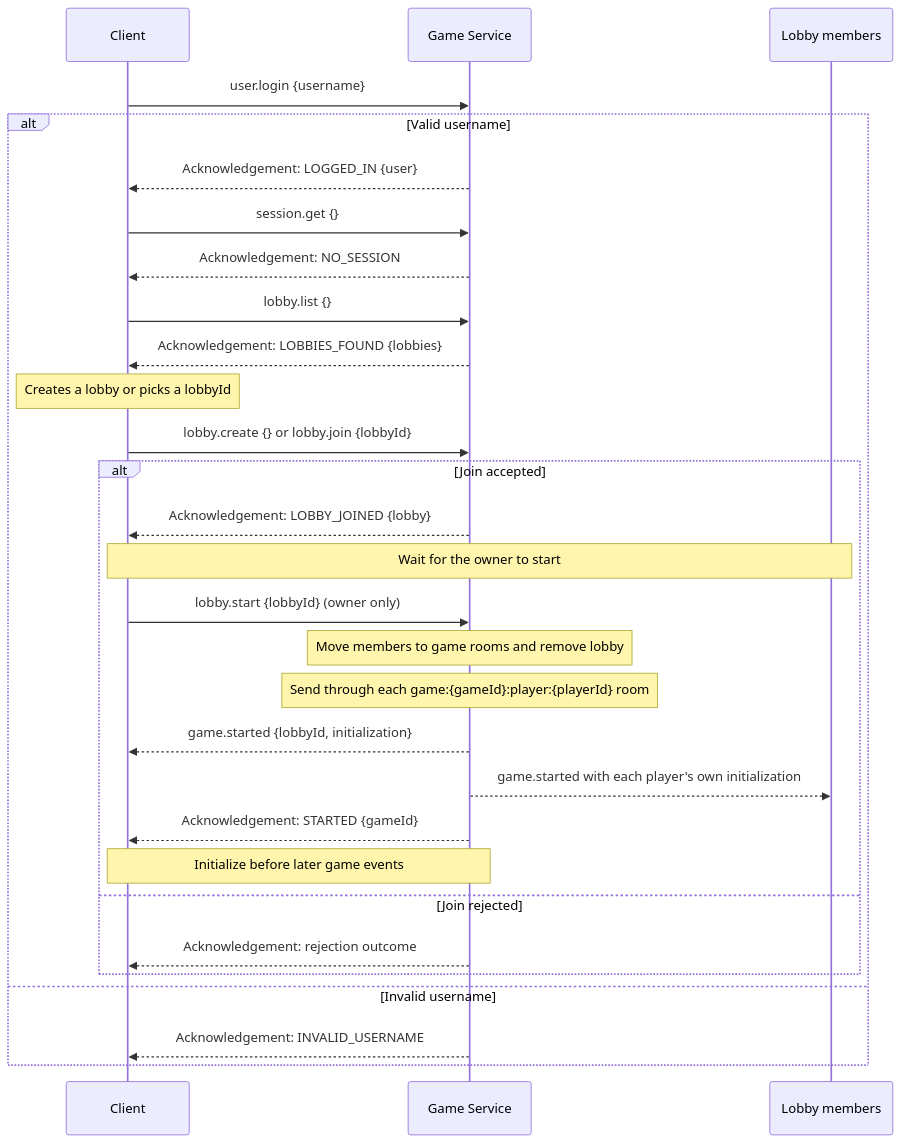
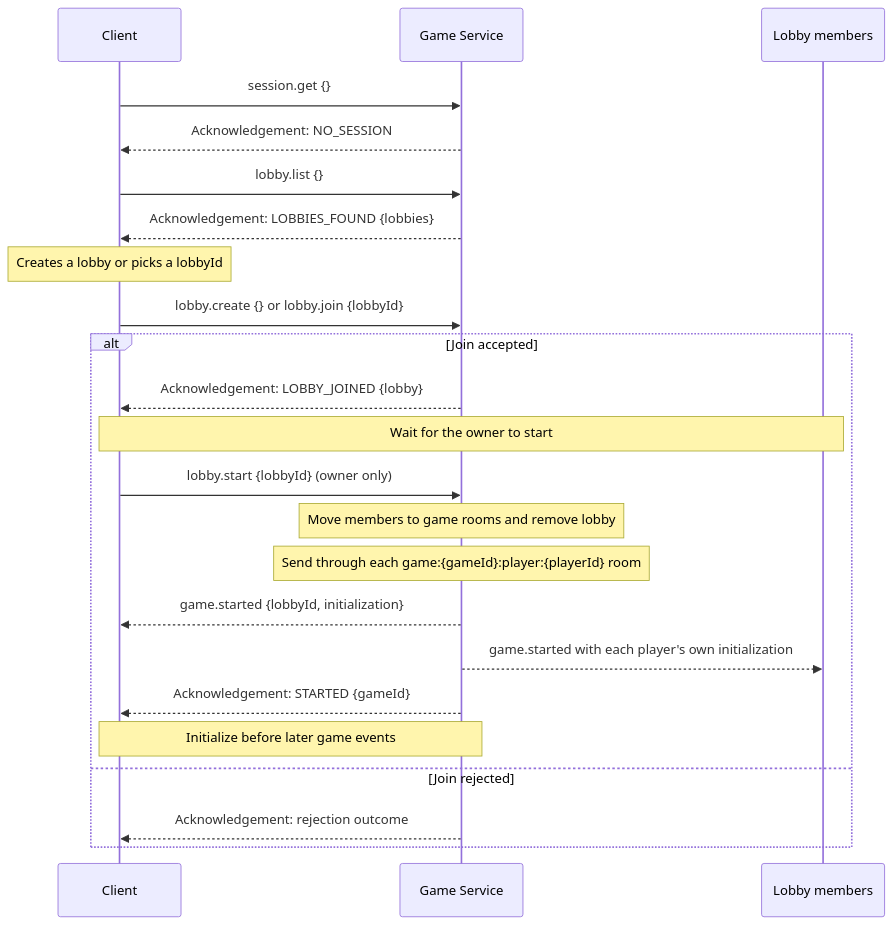
The third of 6 diagrams in docs/Communication.md (hananinas/RoboRally), drawn with Mermaid before and after one commit. The commit also changed other lines of this file, not shown here.

First line of the commit message:
docs: document authentication flow (#100)

````diff
--- a/docs/Communication.md
+++ b/docs/Communication.md
@@ -67,32 +99,26 @@
 ```mermaid
 sequenceDiagram
     participant Client
     participant Server as Game Service
     participant Others as Lobby members
 
-    Client->>Server: user.login {username}
-    alt Valid username
-        Server-->>Client: Acknowledgement: LOGGED_IN {user}
-        Client->>Server: session.get {}
-        Server-->>Client: Acknowledgement: NO_SESSION
-        Client->>Server : lobby.list {}
-        Server-->>Client: Acknowledgement: LOBBIES_FOUND {lobbies}
-        Note over Client: Creates a lobby or picks a lobbyId
-        Client->>Server: lobby.create {} or lobby.join {lobbyId}
-        alt Join accepted
-            Server-->>Client: Acknowledgement: LOBBY_JOINED {lobby}
-            Note over Client,Others: Wait for the owner to start
-            Client->>Server: lobby.start {lobbyId} (owner only)
-            Note over Server: Move members to game rooms and remove lobby
-            Note over Server: Send through each game:{gameId}:player:{playerId} room
-            Server-->>Client: game.started {lobbyId, initialization}
-            Server-->>Others: game.started with each player's own initialization
-            Server-->>Client: Acknowledgement: STARTED {gameId}
-            Note over Client,Server: Initialize before later game events
-        else Join rejected
-            Server-->>Client: Acknowledgement: rejection outcome
-        end
-    else Invalid username
-        Server-->>Client: Acknowledgement: INVALID_USERNAME
+    Client->>Server: session.get {}
+    Server-->>Client: Acknowledgement: NO_SESSION
+    Client->>Server: lobby.list {}
+    Server-->>Client: Acknowledgement: LOBBIES_FOUND {lobbies}
+    Note over Client: Creates a lobby or picks a lobbyId
+    Client->>Server: lobby.create {} or lobby.join {lobbyId}
+    alt Join accepted
+        Server-->>Client: Acknowledgement: LOBBY_JOINED {lobby}
+        Note over Client,Others: Wait for the owner to start
+        Client->>Server: lobby.start {lobbyId} (owner only)
+        Note over Server: Move members to game rooms and remove lobby
+        Note over Server: Send through each game:{gameId}:player:{playerId} room
+        Server-->>Client: game.started {lobbyId, initialization}
+        Server-->>Others: game.started with each player's own initialization
+        Server-->>Client: Acknowledgement: STARTED {gameId}
+        Note over Client,Server: Initialize before later game events
+    else Join rejected
+        Server-->>Client: Acknowledgement: rejection outcome
     end
 ```
````
